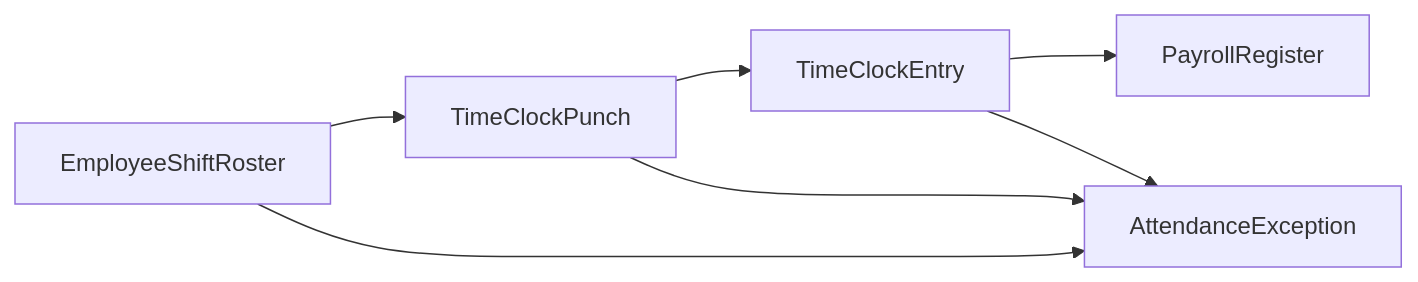
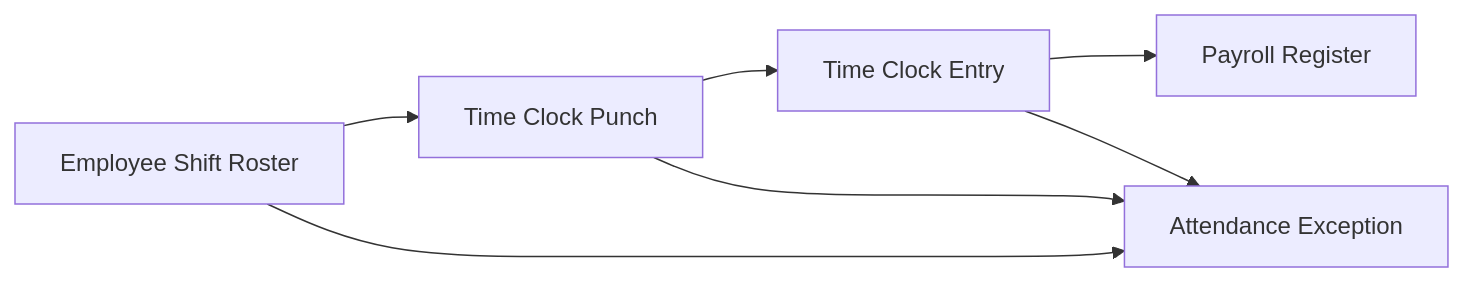
Before and after one commit to mmcodesso/greenfield_database: the sixth of 6 diagrams in docs/processes/payroll.md, drawn with Mermaid. The commit also changed other lines of this file and 6 other files, not shown here.

````diff
--- a/docs/processes/payroll.md
+++ b/docs/processes/payroll.md
@@ -250,13 +249,13 @@
 ```mermaid
 flowchart LR
-    ESR[EmployeeShiftRoster]
-    TCP[TimeClockPunch]
-    TCE[TimeClockEntry]
-    AE[AttendanceException]
-    PR[PayrollRegister]
+    ESR[Employee Shift Roster]
+    TCP[Time Clock Punch]
+    TCE[Time Clock Entry]
+    AE[Attendance Exception]
+    PR[Payroll Register]
 
     ESR --> TCP --> TCE --> PR
     ESR --> AE
     TCP --> AE
     TCE --> AE
 ```
````
